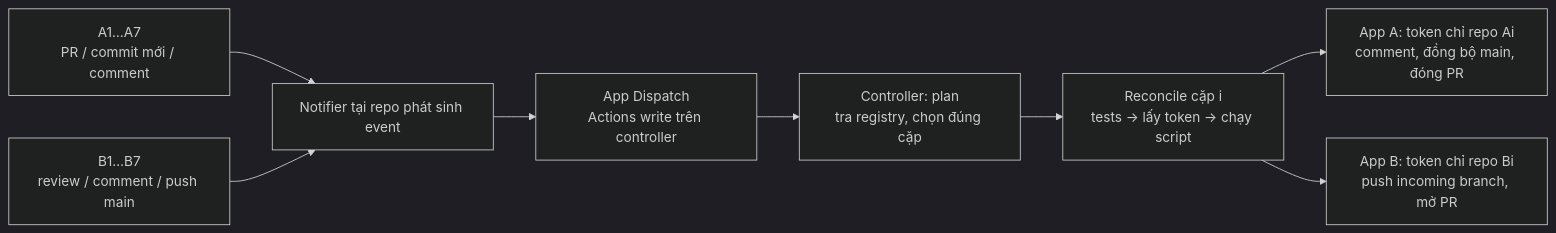
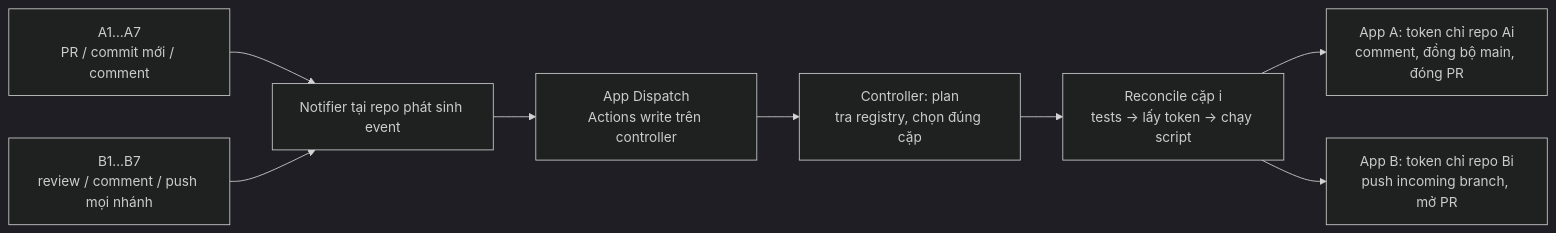
One commit to pho-veteran/github-org-contribution-lab changed the diagram in github-app-setup.md. Above: the diagram before and after it, drawn with Mermaid (dark theme). The commit also changed other lines of this file and 11 other files, not shown here.

````diff
--- a/github-app-setup.md
+++ b/github-app-setup.md
@@ -21,10 +21,10 @@
 ```mermaid
 flowchart LR
     A["A1…A7<br/>PR / commit mới / comment"] --> N["Notifier tại repo phát sinh event"]
-    B["B1…B7<br/>review / comment / push main"] --> N
+    B["B1…B7<br/>review / comment / push mọi nhánh"] --> N
     N --> D["App Dispatch<br/>Actions write trên controller"]
     D --> P["Controller: plan<br/>tra registry, chọn đúng cặp"]
     P --> R["Reconcile cặp i<br/>tests → lấy token → chạy script"]
     R --> AA["App A: token chỉ repo Ai<br/>comment, đồng bộ main, đóng PR"]
     R --> BB["App B: token chỉ repo Bi<br/>push incoming branch, mở PR"]
 ```
````
